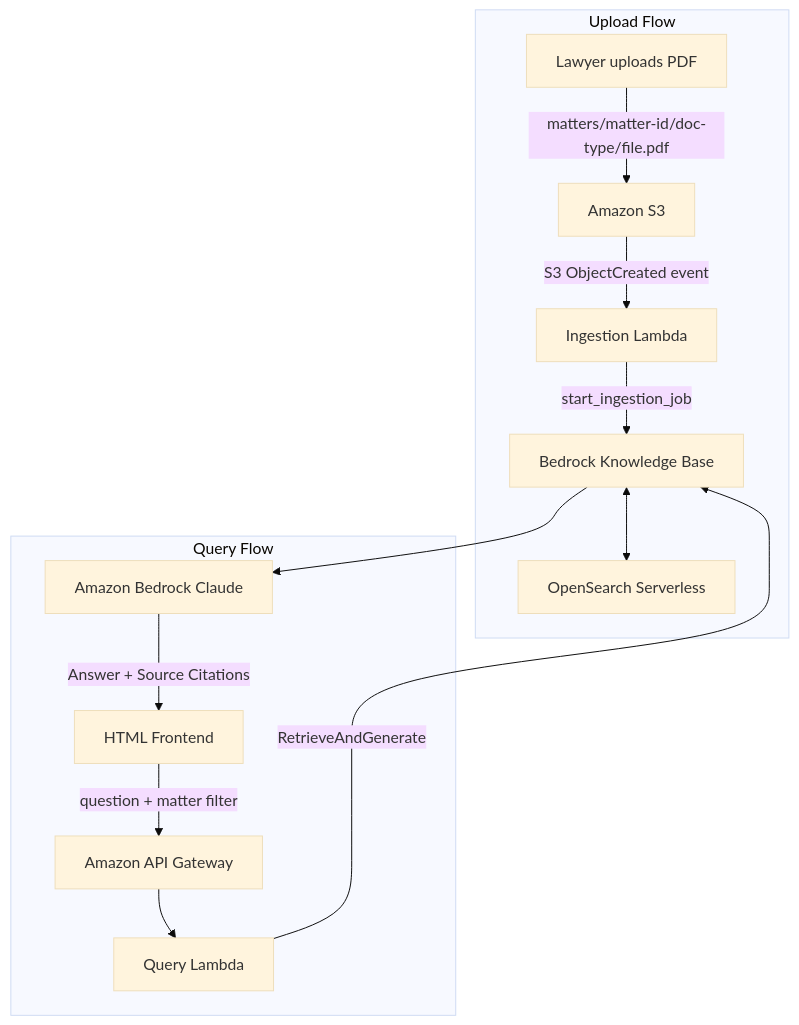
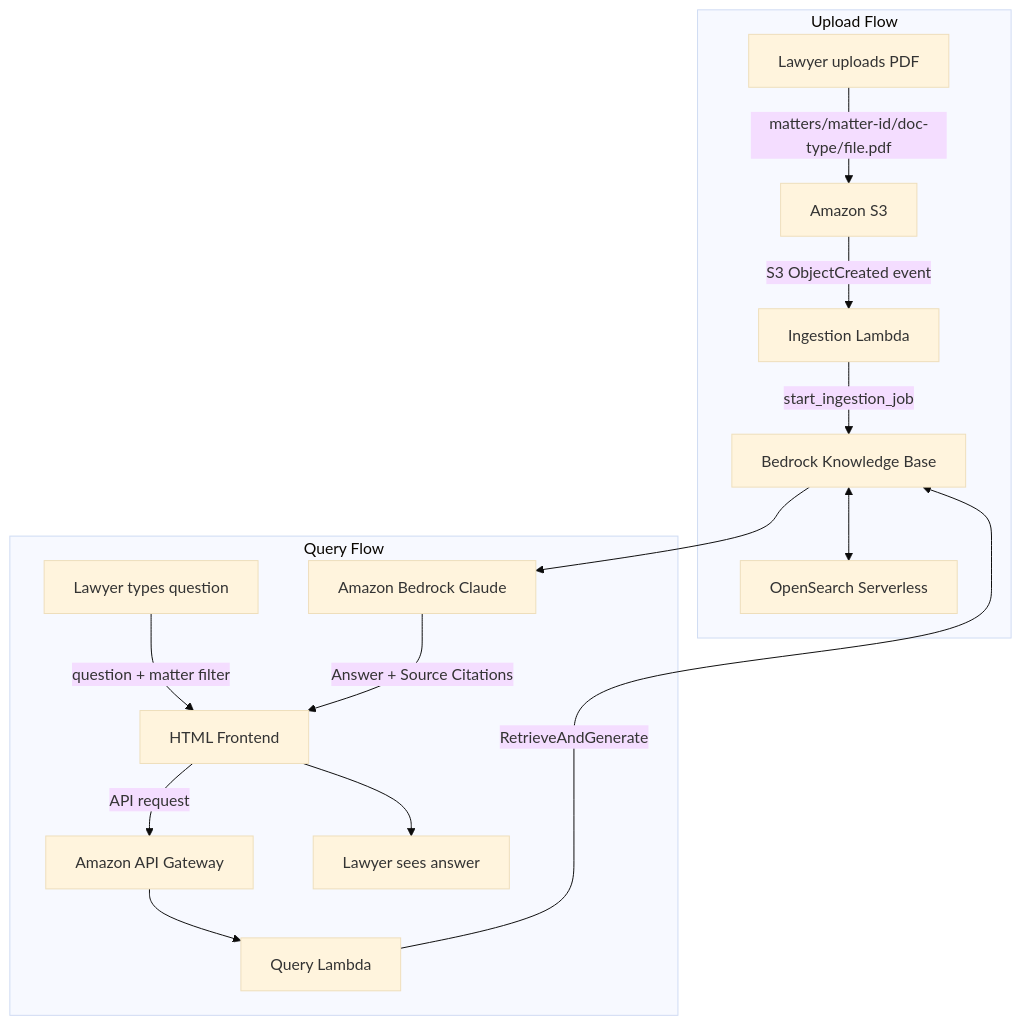
One commit to nathanielkay11-tech/aws-bedrock-rag-pipeline changed the diagram in README.md. Above: the diagram before and after it, drawn with Mermaid (base theme).

Commit message:
docs: restructure architecture diagram into upload and query flows

````diff
--- a/README.md
+++ b/README.md
@@ -150,17 +150,19 @@
 ```mermaid
 graph TD
     subgraph Upload Flow
         A[Lawyer uploads PDF] -->|matters/matter-id/doc-type/file.pdf| B[Amazon S3]
         B -->|S3 ObjectCreated event| C[Ingestion Lambda]
         C -->|start_ingestion_job| D[Bedrock Knowledge Base]
         D <--> E[OpenSearch Serverless]
     end
 
     subgraph Query Flow
-        F[HTML Frontend] -->|question + matter filter| G[Amazon API Gateway]
-        G --> H[Query Lambda]
-        H -->|RetrieveAndGenerate| D
-        D --> I[Amazon Bedrock Claude]
-        I -->|Answer + Source Citations| F
+        F[Lawyer types question] -->|question + matter filter| G[HTML Frontend]
+        G -->|API request| H[Amazon API Gateway]
+        H --> I[Query Lambda]
+        I -->|RetrieveAndGenerate| D
+        D --> J[Amazon Bedrock Claude]
+        J -->|Answer + Source Citations| G
+        G --> K[Lawyer sees answer]
     end
 ```
````
